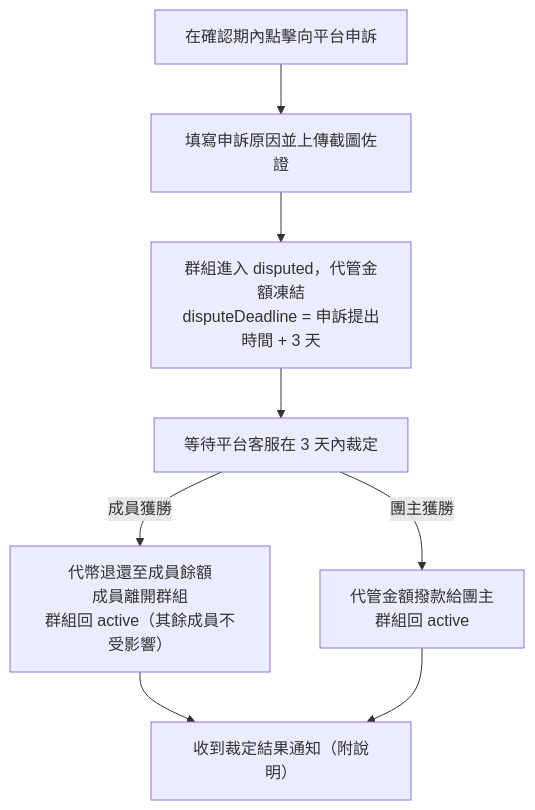
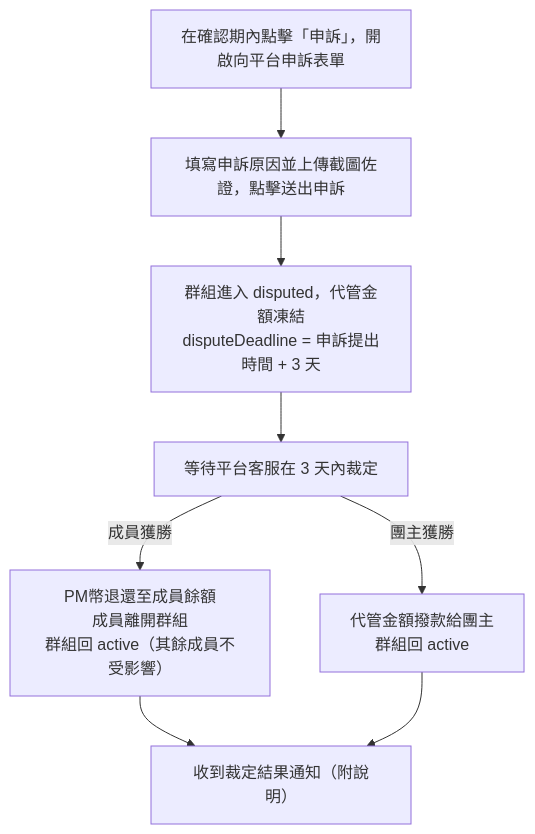
The sixth of 15 diagrams in docs/user-flows.md (s1092055/PartyMatch), drawn with Mermaid before and after one commit. The commit also changed other lines of this file and 16 other files, not shown here.

````diff
--- a/docs/user-flows.md
+++ b/docs/user-flows.md
@@ -100,10 +98,10 @@
 ```mermaid
 flowchart TD
-  A[在確認期內點擊向平台申訴] --> B[填寫申訴原因並上傳截圖佐證]
+  A[在確認期內點擊「申訴」，開啟向平台申訴表單] --> B[填寫申訴原因並上傳截圖佐證，點擊送出申訴]
   B --> C[群組進入 disputed，代管金額凍結\ndisputeDeadline = 申訴提出時間 + 3 天]
   C --> D[等待平台客服在 3 天內裁定]
-  D -->|成員獲勝| E[代幣退還至成員餘額\n成員離開群組\n群組回 active（其餘成員不受影響）]
+  D -->|成員獲勝| E[PM幣退還至成員餘額\n成員離開群組\n群組回 active（其餘成員不受影響）]
   D -->|團主獲勝| F[代管金額撥款給團主\n群組回 active]
   E --> G[收到裁定結果通知（附說明）]
   F --> G
 ```
````
